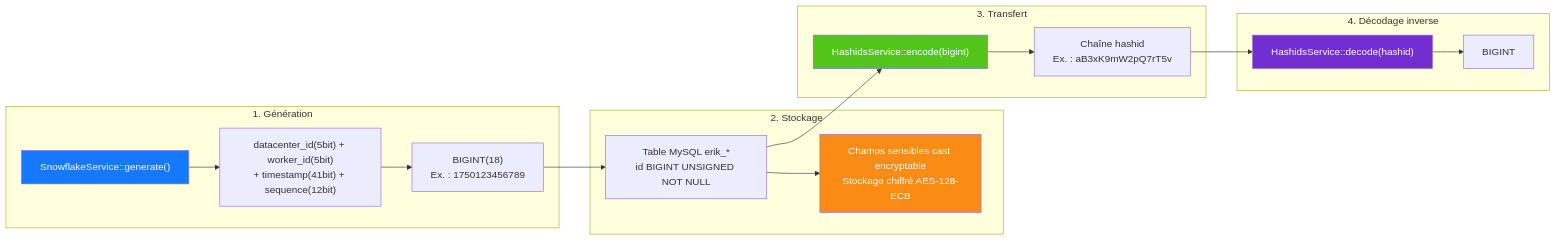
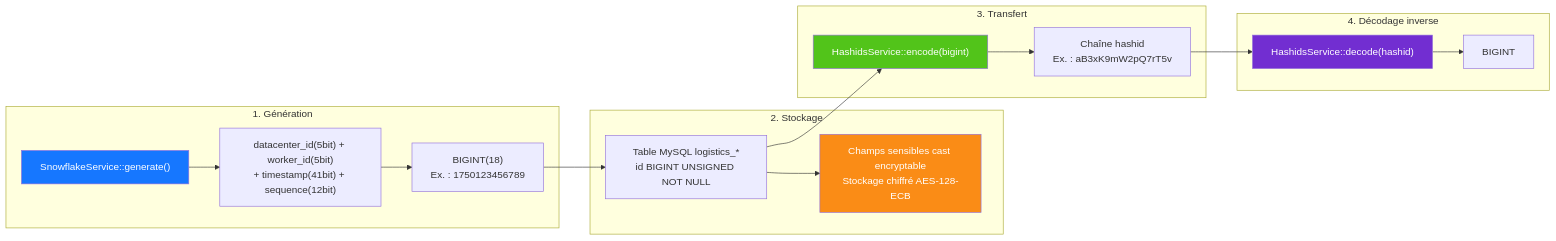
Before and after one commit to erikwang2013/integrated-global-logistics: the diagram in admin/docs/diagrams/06-id-lifecycle.fr.md, drawn with Mermaid. The commit also changed 211 other files, not shown here.

````diff
--- a/admin/docs/diagrams/06-id-lifecycle.fr.md
+++ b/admin/docs/diagrams/06-id-lifecycle.fr.md
@@ -7,32 +7,32 @@
 ```mermaid
 flowchart LR
     subgraph gen["1. Génération"]
         g1["SnowflakeService::generate()"]
         g2["datacenter_id(5bit) + worker_id(5bit)<br/>+ timestamp(41bit) + sequence(12bit)"]
         g3["BIGINT(18)<br/>Ex. : 1750123456789"]
         g1 --> g2 --> g3
     end
 
     subgraph store["2. Stockage"]
-        s1["Table MySQL erik_*<br/>id BIGINT UNSIGNED NOT NULL"]
+        s1["Table MySQL logistics_*<br/>id BIGINT UNSIGNED NOT NULL"]
         s2["Champs sensibles cast encryptable<br/>Stockage chiffré AES-128-ECB"]
         g3 --> s1 --> s2
     end
 
     subgraph transfer["3. Transfert"]
         t1["HashidsService::encode(bigint)"]
         t2["Chaîne hashid<br/>Ex. : aB3xK9mW2pQ7rT5v"]
         s1 --> t1 --> t2
     end
 
     subgraph reverse["4. Décodage inverse"]
         r1["HashidsService::decode(hashid)"]
         r2["BIGINT"]
         t2 --> r1 --> r2
     end
 
     style g1 fill:#1677FF,color:#fff
     style s2 fill:#FA8C16,color:#fff
     style t1 fill:#52C41A,color:#fff
     style r1 fill:#722ED1,color:#fff
 ```
````
